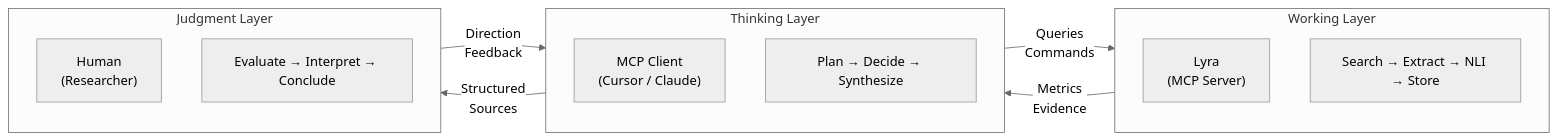
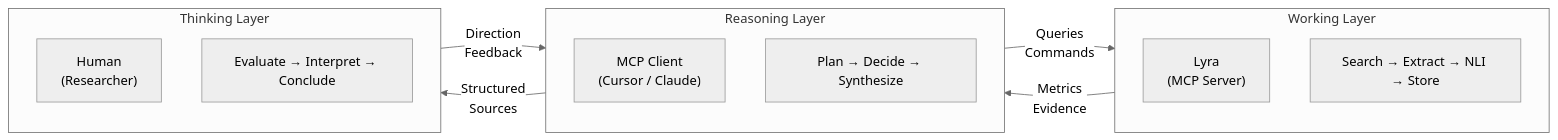
One commit to k-shibuki/lyra changed the diagram in docs/paper/src/figure2-collaboration.mmd. Above: the diagram before and after it, drawn with Mermaid. The commit also changed 12 other files, not shown here.

```diff
--- a/docs/paper/src/figure2-collaboration.mmd
+++ b/docs/paper/src/figure2-collaboration.mmd
@@ -1,24 +1,24 @@
 %%{init: {'theme': 'neutral'}}%%
 flowchart LR
     subgraph WORKING["Working Layer"]
         direction TB
         Lyra["Lyra<br/>(MCP Server)"]
         W["Search → Extract → NLI → Store"]
     end
 
+    subgraph REASONING["Reasoning Layer"]
+        direction TB
+        MCP["MCP Client<br/>(Cursor / Claude)"]
+        R["Plan → Decide → Synthesize"]
+    end
+
     subgraph THINKING["Thinking Layer"]
         direction TB
-        MCP["MCP Client<br/>(Cursor / Claude)"]
-        T["Plan → Decide → Synthesize"]
-    end
-
-    subgraph JUDGMENT["Judgment Layer"]
-        direction TB
         Human["Human<br/>(Researcher)"]
-        J["Evaluate → Interpret → Conclude"]
+        T["Evaluate → Interpret → Conclude"]
     end
 
     Lyra -->|"Metrics<br/>Evidence"| MCP
     MCP -->|"Queries<br/>Commands"| Lyra
     MCP -->|"Structured<br/>Sources"| Human
     Human -->|"Direction<br/>Feedback"| MCP
```
